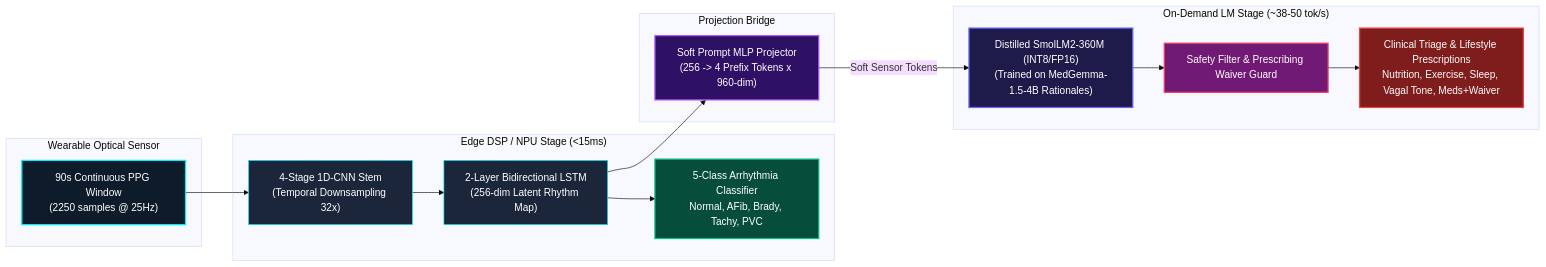
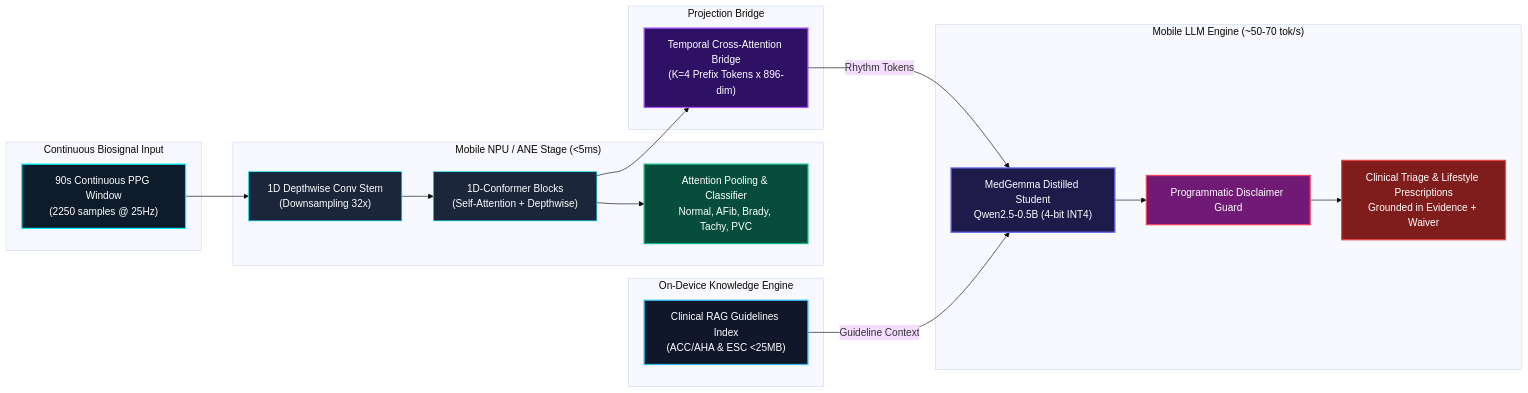
Before and after one commit to embedologist/Cardiac_MedGemma_Micro_model: the first of 4 diagrams in DOCUMENTATION.md, drawn with Mermaid (base theme). The commit also changed other lines of this file and 18 other files, not shown here.

First line of the commit message:
feat: upgrade to sub-512MB mobile architecture for iOS (Core ML) and Android (LiteRT)

````diff
--- a/DOCUMENTATION.md
+++ b/DOCUMENTATION.md
@@ -43,37 +48,42 @@
 ```mermaid
 graph LR
-    subgraph SENSOR["Wearable Optical Sensor"]
+    subgraph SENSOR["Continuous Biosignal Input"]
         PPG["90s Continuous PPG Window<br/>(2250 samples @ 25Hz)"]
     end
 
-    subgraph ENCODER["Edge DSP / NPU Stage (<15ms)"]
-        CNN["4-Stage 1D-CNN Stem<br/>(Temporal Downsampling 32x)"]
-        LSTM["2-Layer Bidirectional LSTM<br/>(256-dim Latent Rhythm Map)"]
-        CLS["5-Class Arrhythmia Classifier<br/>Normal, AFib, Brady, Tachy, PVC"]
+    subgraph ENCODER["Mobile NPU / ANE Stage (<5ms)"]
+        STEM["1D Depthwise Conv Stem<br/>(Downsampling 32x)"]
+        CONF["1D-Conformer Blocks<br/>(Self-Attention + Depthwise)"]
+        POOL["Attention Pooling & Classifier<br/>Normal, AFib, Brady, Tachy, PVC"]
     end
 
     subgraph BRIDGE["Projection Bridge"]
-        PROJ["Soft Prompt MLP Projector<br/>(256 -> 4 Prefix Tokens x 960-dim)"]
+        PROJ["Temporal Cross-Attention Bridge<br/>(K=4 Prefix Tokens x 896-dim)"]
     end
 
-    subgraph LLM["On-Demand LM Stage (~38-50 tok/s)"]
-        STUDENT["Distilled SmolLM2-360M (INT8/FP16)<br/>(Trained on MedGemma-1.5-4B Rationales)"]
-        GUARD["Safety Filter & Prescribing Waiver Guard"]
-        OUTPUT["Clinical Triage & Lifestyle Prescriptions<br/>Nutrition, Exercise, Sleep, Vagal Tone, Meds+Waiver"]
+    subgraph RAG["On-Device Knowledge Engine"]
+        CLIN_RAG["Clinical RAG Guidelines Index<br/>(ACC/AHA & ESC <25MB)"]
     end
 
-    PPG --> CNN --> LSTM
-    LSTM --> CLS
-    LSTM --> PROJ
-    PROJ -->|"Soft Sensor Tokens"| STUDENT
+    subgraph LLM["Mobile LLM Engine (~50-70 tok/s)"]
+        STUDENT["MedGemma Distilled Student<br/>Qwen2.5-0.5B (4-bit INT4)"]
+        GUARD["Programmatic Disclaimer Guard"]
+        OUTPUT["Clinical Triage & Lifestyle Prescriptions<br/>Grounded in Evidence + Waiver"]
+    end
+
+    PPG --> STEM --> CONF --> POOL
+    CONF --> PROJ
+    PROJ -->|"Rhythm Tokens"| STUDENT
+    CLIN_RAG -->|"Guideline Context"| STUDENT
     STUDENT --> GUARD --> OUTPUT
 
     style PPG fill:#0d1b2a,stroke:#00f0ff,stroke-width:2px,color:#fff
-    style CNN fill:#1b263b,stroke:#00f0ff,stroke-width:1px,color:#fff
-    style LSTM fill:#1b263b,stroke:#00f0ff,stroke-width:1px,color:#fff
-    style CLS fill:#064e3b,stroke:#10b981,stroke-width:2px,color:#fff
+    style STEM fill:#1b263b,stroke:#00f0ff,stroke-width:1px,color:#fff
+    style CONF fill:#1b263b,stroke:#00f0ff,stroke-width:1px,color:#fff
+    style POOL fill:#064e3b,stroke:#10b981,stroke-width:2px,color:#fff
     style PROJ fill:#2e1065,stroke:#a855f7,stroke-width:2px,color:#fff
+    style CLIN_RAG fill:#0f172a,stroke:#38bdf8,stroke-width:2px,color:#fff
     style STUDENT fill:#1e1b4b,stroke:#6366f1,stroke-width:2px,color:#fff
     style GUARD fill:#701a75,stroke:#f43f5e,stroke-width:2px,color:#fff
     style OUTPUT fill:#7f1d1d,stroke:#ef4444,stroke-width:2px,color:#fff
 ```
````
